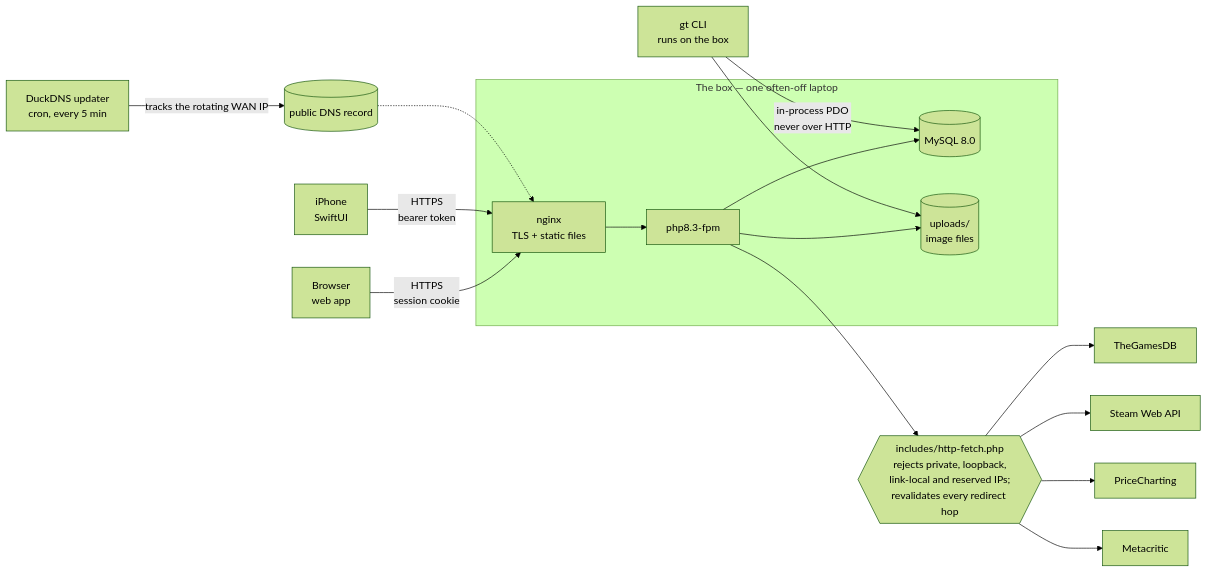
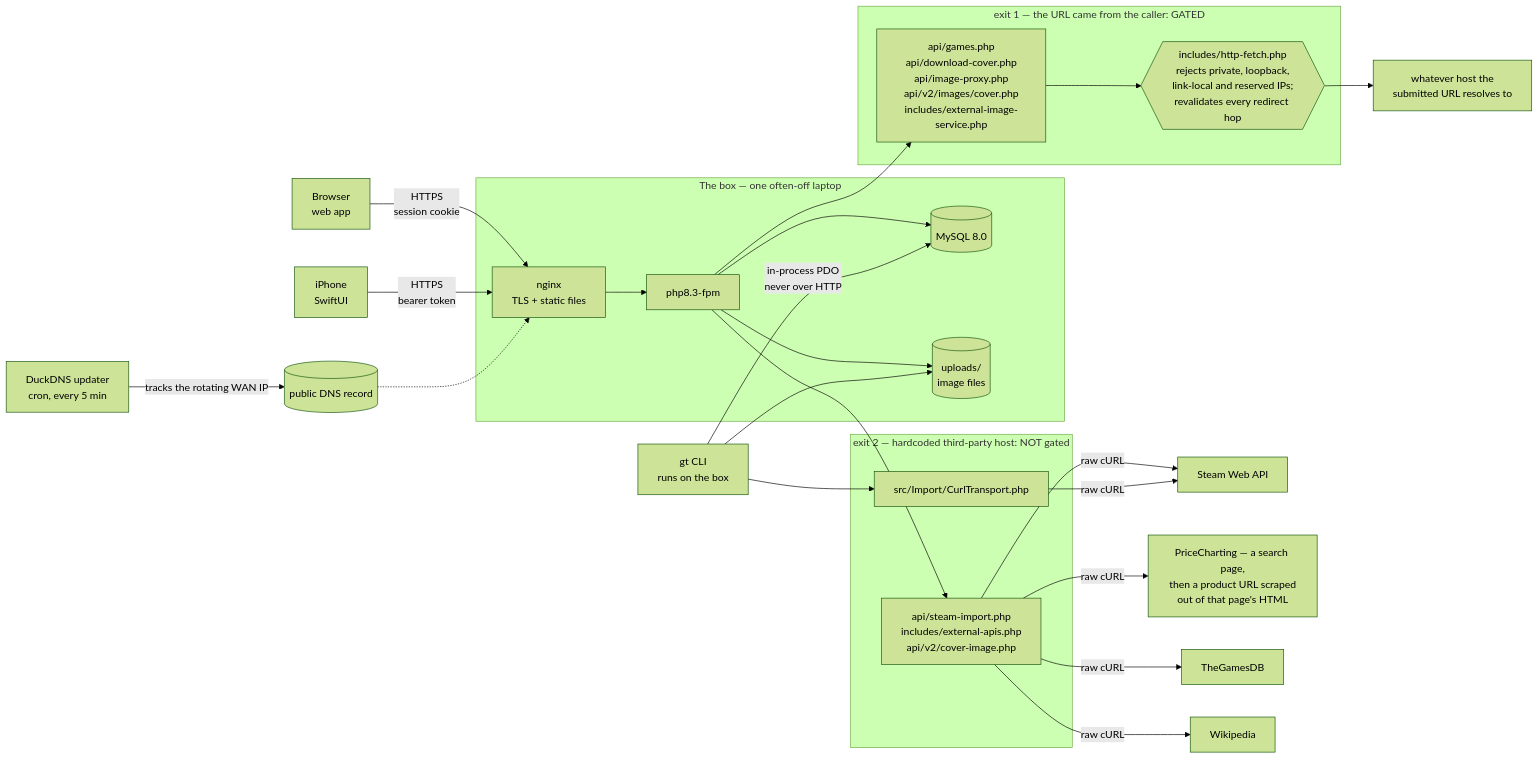
The first of 2 diagrams in docs/architecture/1-outside.md (CammyBlack02/gameTracker), drawn with Mermaid (forest theme) before and after one commit. The commit also changed other lines of this file and 2 other files, not shown here.

````diff
--- a/docs/architecture/1-outside.md
+++ b/docs/architecture/1-outside.md
@@ -8,37 +8,47 @@
 ```mermaid
 flowchart LR
     browser["Browser<br/>web app"]
     phone["iPhone<br/>SwiftUI"]
     cli["gt CLI<br/>runs on the box"]
 
     subgraph box["The box — one often-off laptop"]
         nginx["nginx<br/>TLS + static files"]
         fpm["php8.3-fpm"]
         db[("MySQL 8.0")]
         disk[("uploads/<br/>image files")]
     end
 
-    guard{{"includes/http-fetch.php<br/>rejects private, loopback,<br/>link-local and reserved IPs;<br/>revalidates every redirect hop"}}
-
-    tgdb["TheGamesDB"]
-    steam["Steam Web API"]
-    pricing["PriceCharting"]
-    critic["Metacritic"]
-
     browser -->|"HTTPS<br/>session cookie"| nginx
     phone -->|"HTTPS<br/>bearer token"| nginx
     nginx --> fpm
     fpm --> db
     fpm --> disk
     cli -->|"in-process PDO<br/>never over HTTP"| db
     cli --> disk
 
-    fpm --> guard
-    guard --> tgdb
-    guard --> steam
-    guard --> pricing
-    guard --> critic
+    subgraph gated["exit 1 — the URL came from the caller: GATED"]
+        gcall["api/games.php<br/>api/download-cover.php<br/>api/image-proxy.php<br/>api/v2/images/cover.php<br/>includes/external-image-service.php"]
+        guard{{"includes/http-fetch.php<br/>rejects private, loopback,<br/>link-local and reserved IPs;<br/>revalidates every redirect hop"}}
+        gcall --> guard
+    end
+
+    subgraph direct["exit 2 — hardcoded third-party host: NOT gated"]
+        dweb["api/steam-import.php<br/>includes/external-apis.php<br/>api/v2/cover-image.php"]
+        dcli["src/Import/CurlTransport.php"]
+    end
+
+    fpm --> gcall
+    fpm --> dweb
+    cli --> dcli
+
+    guard --> anyhost["whatever host the<br/>submitted URL resolves to"]
+
+    dweb -->|"raw cURL"| steam["Steam Web API"]
+    dcli -->|"raw cURL"| steam
+    dweb -->|"raw cURL"| pricing["PriceCharting — a search page,<br/>then a product URL scraped<br/>out of that page's HTML"]
+    dweb -->|"raw cURL"| tgdb["TheGamesDB"]
+    dweb -->|"raw cURL"| wiki["Wikipedia"]
 
     ddns["DuckDNS updater<br/>cron, every 5 min"] -->|"tracks the rotating WAN IP"| dns[("public DNS record")]
     dns -.-> nginx
 ```
````
